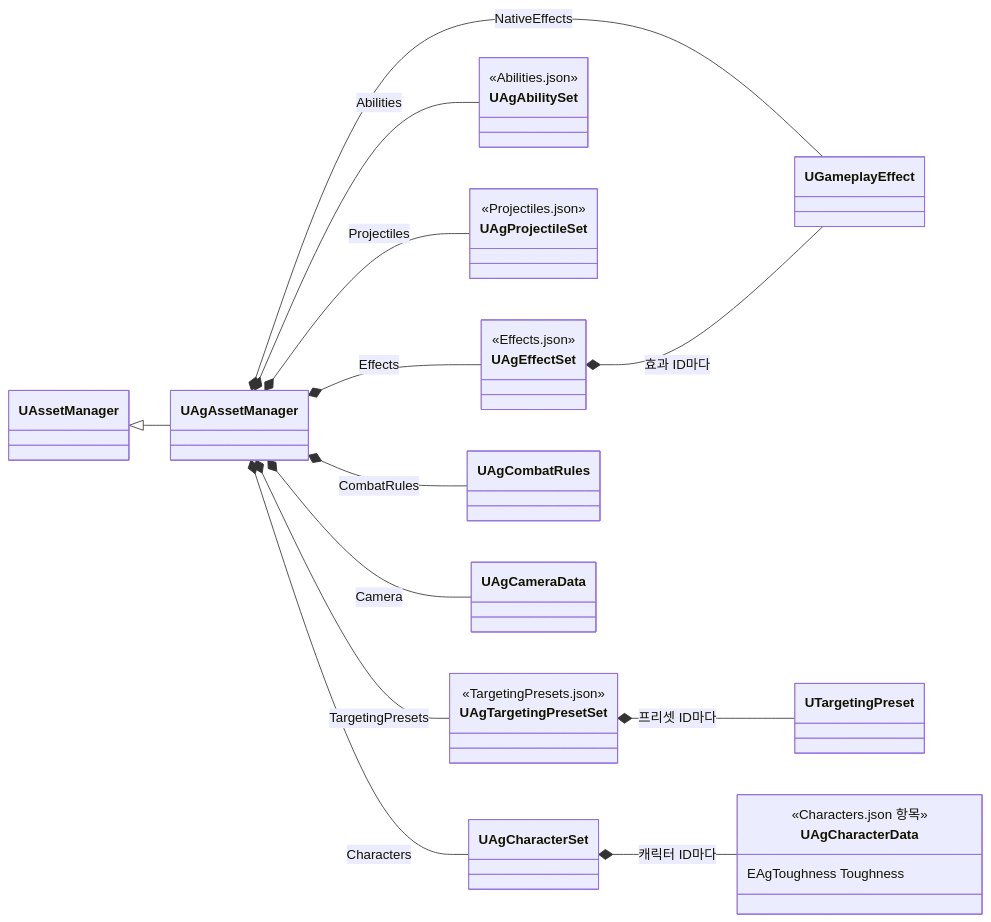
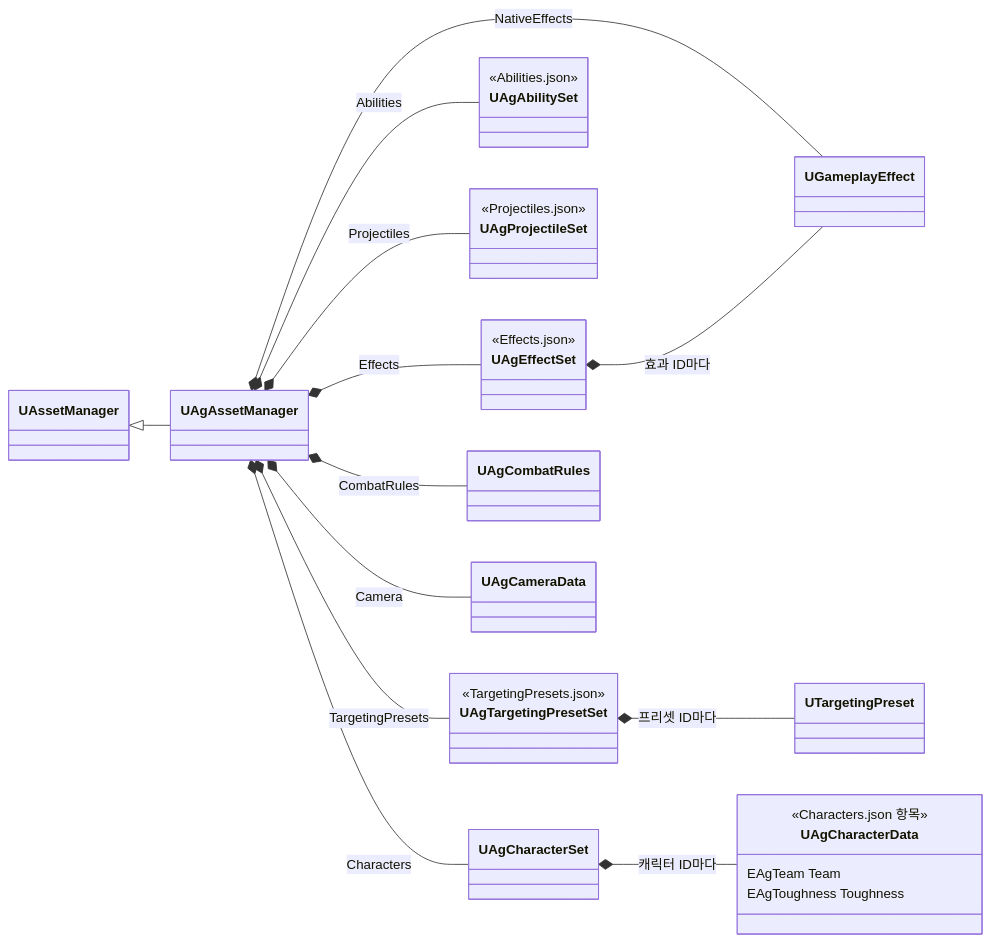
Before and after one commit to Woogl/Ag: the second of 2 diagrams in Docs/Architecture/데이터 로딩과 스키마.md, drawn with Mermaid. The commit also changed other lines of this file and 34 other files, not shown here.

````diff
--- a/Docs/Architecture/데이터 로딩과 스키마.md
+++ b/Docs/Architecture/데이터 로딩과 스키마.md
@@ -188,32 +196,33 @@
 ```mermaid
 classDiagram
     direction LR
     class UAgEffectSet {
         <<Effects.json>>
     }
     class UAgAbilitySet {
         <<Abilities.json>>
     }
     class UAgProjectileSet {
         <<Projectiles.json>>
     }
     class UAgTargetingPresetSet {
         <<TargetingPresets.json>>
     }
     class UAgCharacterData {
         <<Characters.json 항목>>
+        EAgTeam Team
         EAgToughness Toughness
     }
     UAssetManager <|-- UAgAssetManager
     UAgAssetManager *-- UAgCombatRules : CombatRules
     UAgAssetManager *-- UAgCameraData : Camera
     UAgAssetManager *-- UAgEffectSet : Effects
     UAgAssetManager *-- UGameplayEffect : NativeEffects
     UAgAssetManager *-- UAgProjectileSet : Projectiles
     UAgAssetManager *-- UAgTargetingPresetSet : TargetingPresets
     UAgAssetManager *-- UAgAbilitySet : Abilities
     UAgAssetManager *-- UAgCharacterSet : Characters
     UAgCharacterSet *-- UAgCharacterData : 캐릭터 ID마다
     UAgEffectSet *-- UGameplayEffect : 효과 ID마다
     UAgTargetingPresetSet *-- UTargetingPreset : 프리셋 ID마다
 ```
````
